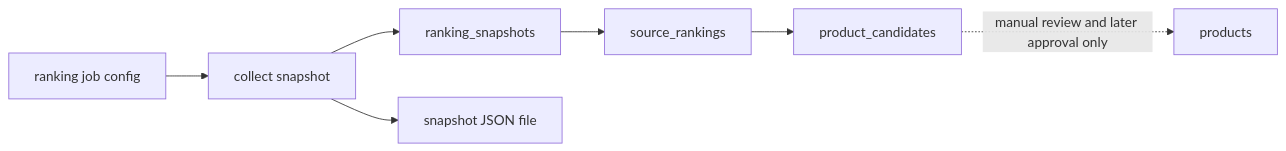
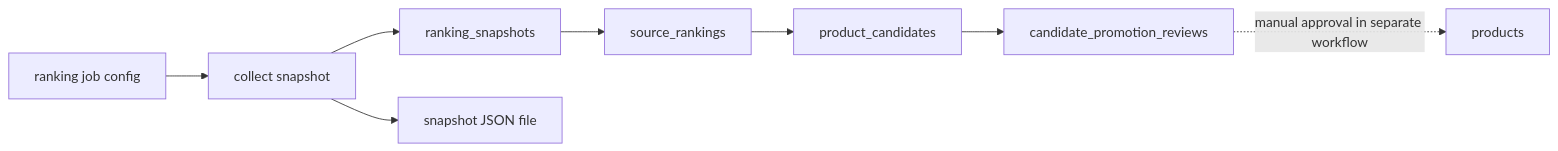
Before and after one commit to gycha0109-beep/K_beauty: the diagram in docs/ranking-pipeline.md, drawn with Mermaid. The commit also changed other lines of this file and 10 other files, not shown here.

````diff
--- a/docs/ranking-pipeline.md
+++ b/docs/ranking-pipeline.md
@@ -15,9 +16,10 @@
 ```mermaid
 flowchart LR
   A["ranking job config"] --> B["collect snapshot"]
   B --> C["ranking_snapshots"]
   B --> D["snapshot JSON file"]
   C --> E["source_rankings"]
   E --> F["product_candidates"]
-  F -. "manual review and later approval only" .-> G["products"]
+  F --> H["candidate_promotion_reviews"]
+  H -. "manual approval in separate workflow" .-> G["products"]
 ```
````
